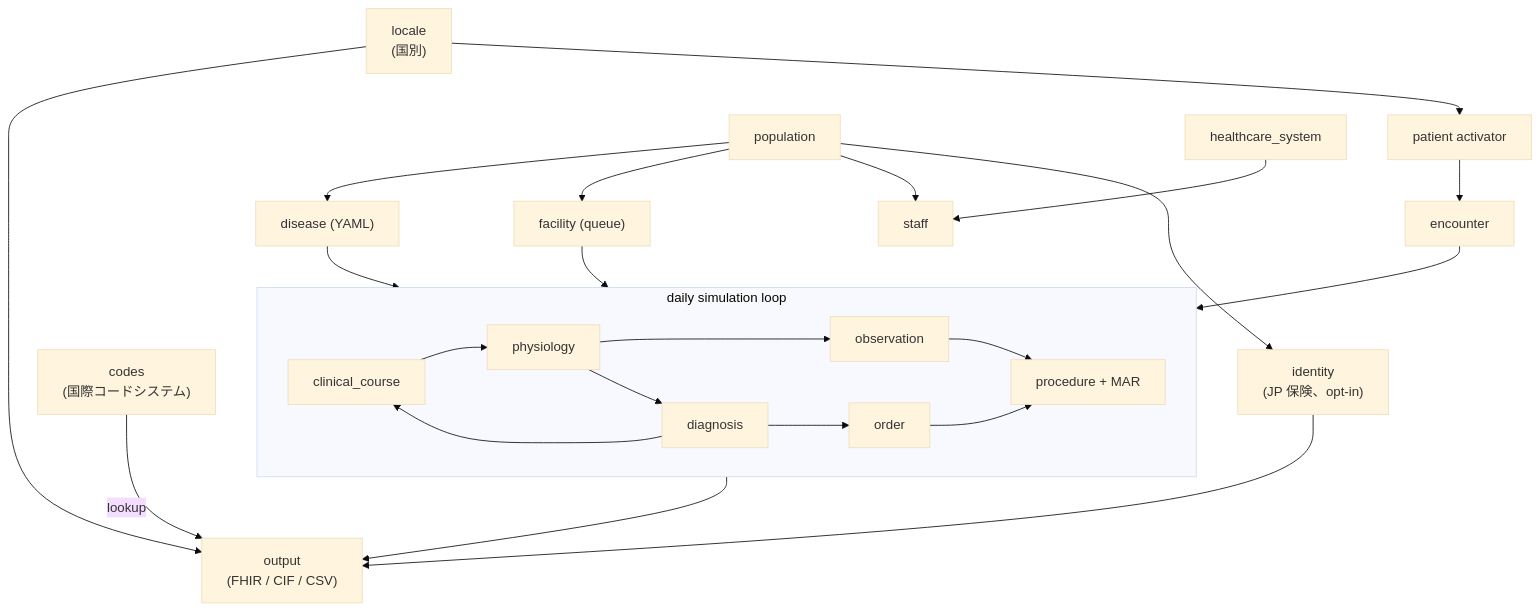
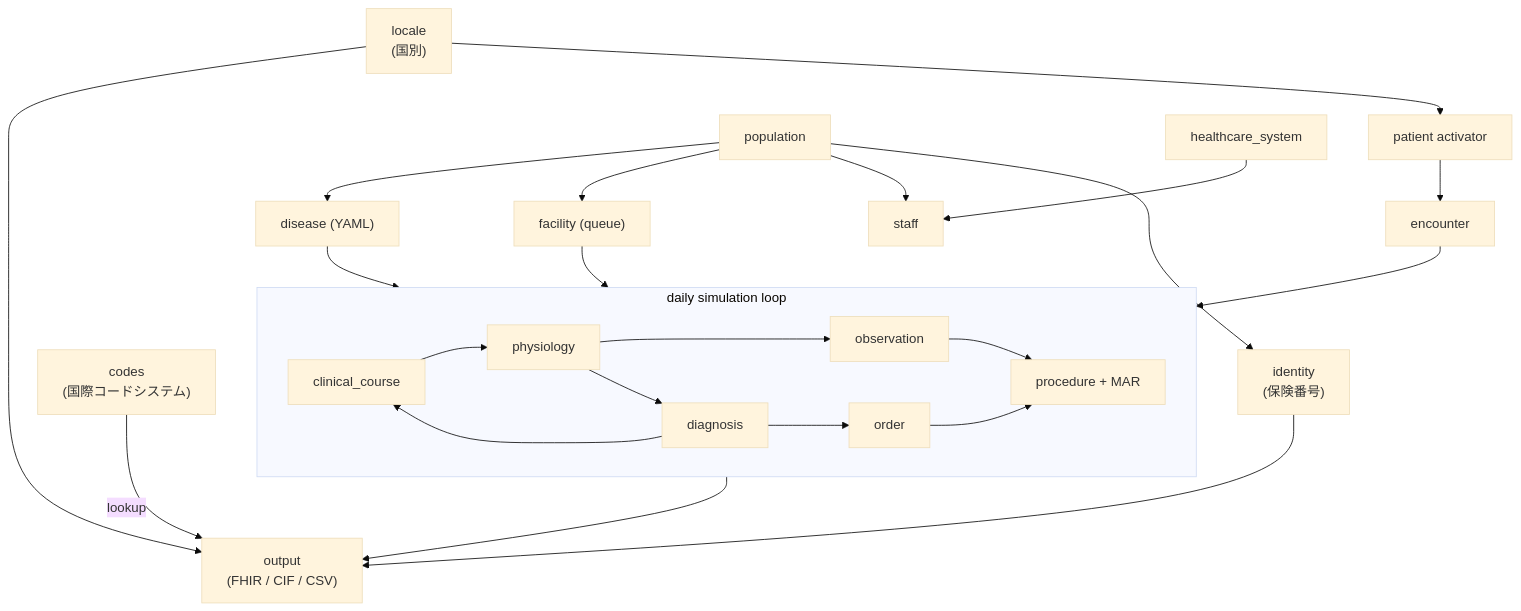
One commit to TomoOkuyama/clinosim changed the diagram in docs/architecture/module-dependency-graph.ja.md. Above: the diagram before and after it, drawn with Mermaid (base theme). The commit also changed other lines of this file and 19 other files, not shown here.

First line of the commit message:
docs(architecture): fix drift in architecture docs and by-design registry

````diff
--- a/docs/architecture/module-dependency-graph.ja.md
+++ b/docs/architecture/module-dependency-graph.ja.md
@@ -5,39 +8,39 @@
 ```mermaid
 flowchart TD
     codes["codes<br/>(国際コードシステム)"]
     locale["locale<br/>(国別)"]
     output["output<br/>(FHIR / CIF / CSV)"]
     patient["patient activator"]
     encounter["encounter"]
     disease["disease (YAML)"]
     facility["facility (queue)"]
     population["population"]
     staff["staff"]
     healthcare["healthcare_system"]
-    identity["identity<br/>(JP 保険、opt-in)"]
+    identity["identity<br/>(保険番号)"]
 
     subgraph loop["daily simulation loop"]
         cc["clinical_course"] --> phys["physiology"]
         phys --> obs["observation"]
         phys --> dx["diagnosis"]
         dx --> cc
         obs --> proc["procedure + MAR"]
         dx --> order["order"]
         order --> proc
     end
 
     codes --> |lookup | output
     locale --> output
     locale --> patient
     patient --> encounter
     encounter --> loop
     disease --> loop
     facility --> loop
     loop --> output
     population --> disease
     population --> facility
     population --> staff
     healthcare --> staff
     population --> identity
     identity --> output
 ```
````
